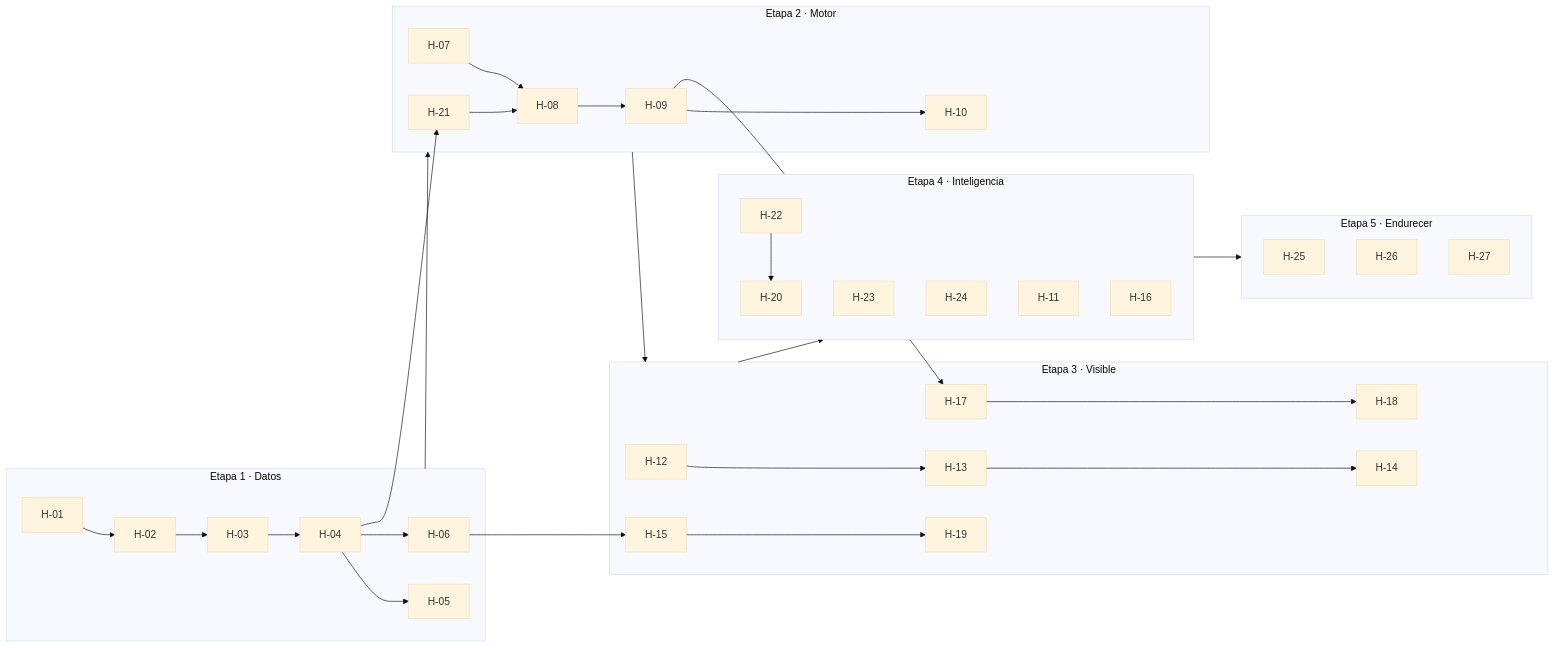
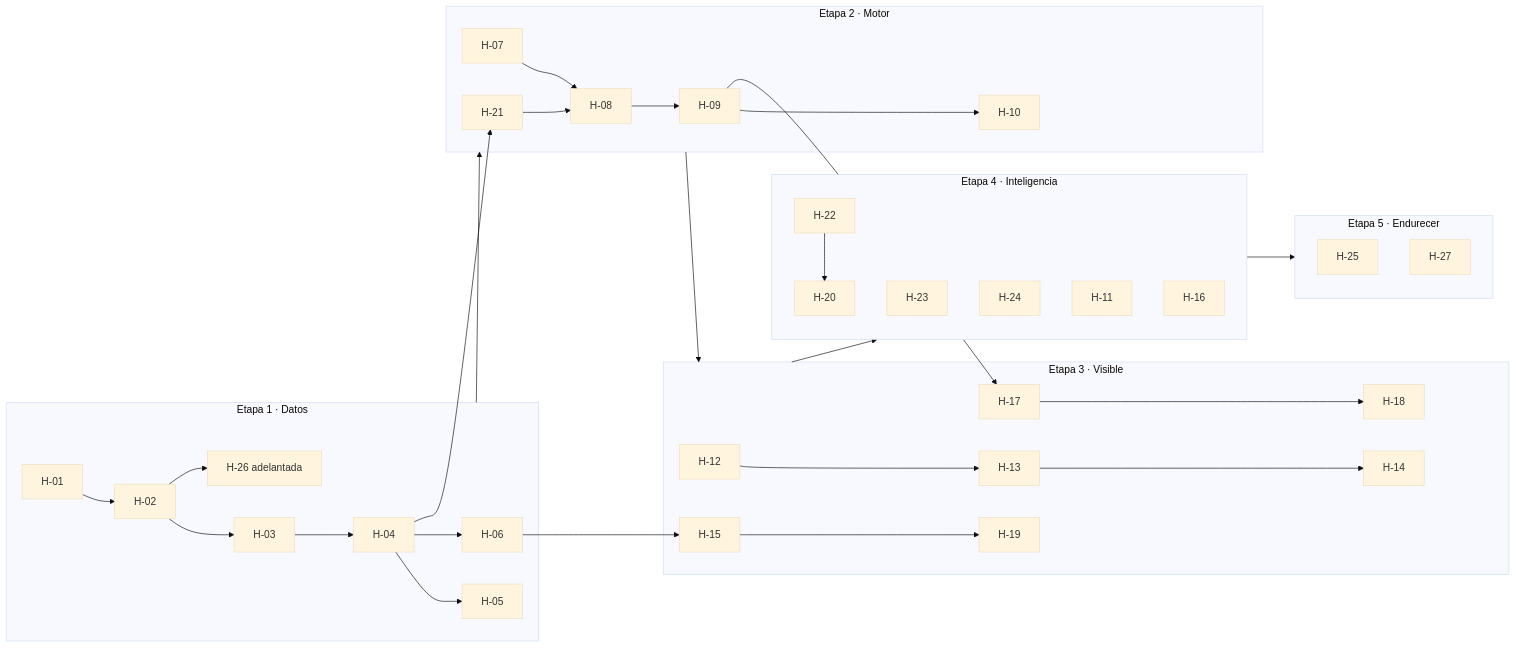
Before and after one commit to handelenriquezacuna/centinela: the diagram in docs/03-historias-usuario.md, drawn with Mermaid (base theme). The commit also changed other lines of this file and 3 other files, not shown here.

````diff
--- a/docs/03-historias-usuario.md
+++ b/docs/03-historias-usuario.md
@@ -237,29 +249,29 @@
 ```mermaid
 flowchart LR
     subgraph E1 [Etapa 1 · Datos]
         H01[H-01] --> H02[H-02] --> H03[H-03] --> H04[H-04] --> H05[H-05]
         H04 --> H06[H-06]
+        H02 --> H26[H-26 adelantada]
     end
     subgraph E2 [Etapa 2 · Motor]
         H07[H-07] --> H08[H-08] --> H09[H-09] --> H10[H-10]
         H04 --> H21[H-21] --> H08
     end
     subgraph E3 [Etapa 3 · Visible]
         H12[H-12] --> H13[H-13] --> H14[H-14]
         H09 --> H17[H-17] --> H18[H-18]
         H06 --> H15[H-15] --> H19[H-19]
     end
     subgraph E4 [Etapa 4 · Inteligencia]
         H22[H-22] --> H20[H-20]
         H23[H-23]
         H24[H-24]
         H11[H-11]
         H16[H-16]
     end
     subgraph E5 [Etapa 5 · Endurecer]
         H25[H-25]
-        H26[H-26]
         H27[H-27]
     end
     E1 --> E2 --> E3 --> E4 --> E5
 ```
````
